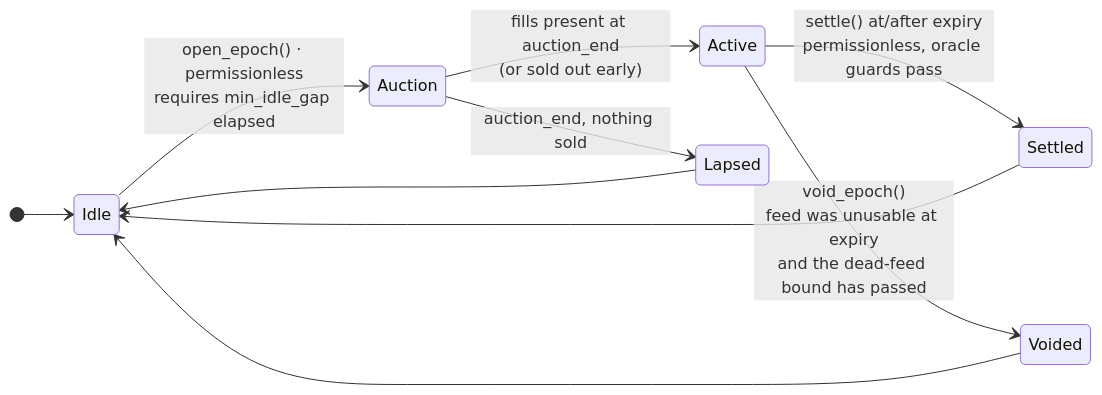
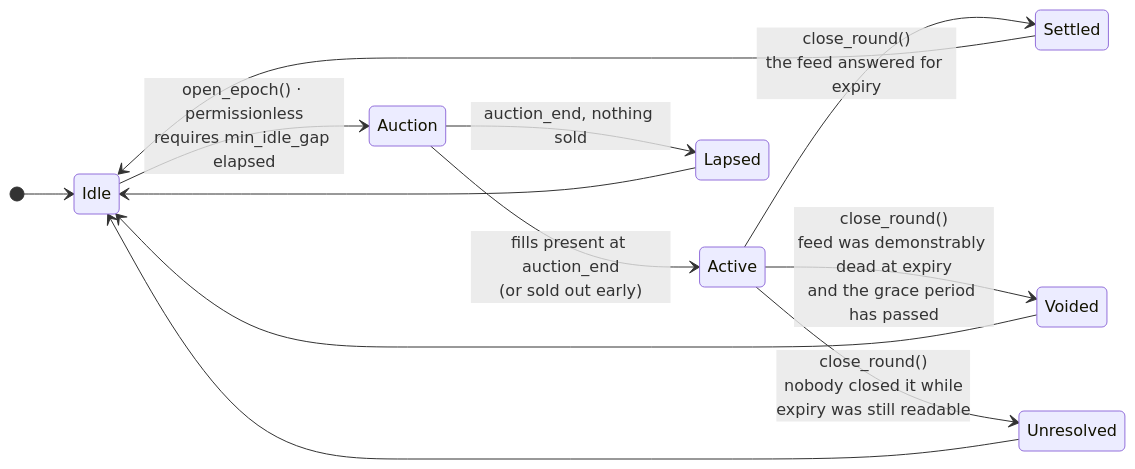
One commit to tamerrarda/Antares changed the first of 2 diagrams in docs/ARCHITECTURE.md. Above: the diagram before and after it, drawn with Mermaid. The commit also changed other lines of this file and 8 other files, not shown here.

````diff
--- a/docs/ARCHITECTURE.md
+++ b/docs/ARCHITECTURE.md
@@ -115,15 +131,17 @@
 ```mermaid
 stateDiagram-v2
     direction LR
     [*] --> Idle
 
     Idle --> Auction: open_epoch() · permissionless<br/>requires min_idle_gap elapsed
     Auction --> Active: fills present at auction_end<br/>(or sold out early)
     Auction --> Lapsed: auction_end, nothing sold
-    Active --> Settled: settle() at/after expiry<br/>permissionless, oracle guards pass
-    Active --> Voided: void_epoch()<br/>feed was unusable at expiry<br/>and the dead-feed bound has passed
+    Active --> Settled: close_round()<br/>the feed answered for expiry
+    Active --> Voided: close_round()<br/>feed was demonstrably dead at expiry<br/>and the grace period has passed
+    Active --> Unresolved: close_round()<br/>nobody closed it while<br/>expiry was still readable
 
     Settled --> Idle
     Lapsed --> Idle
     Voided --> Idle
+    Unresolved --> Idle
 ```
````
